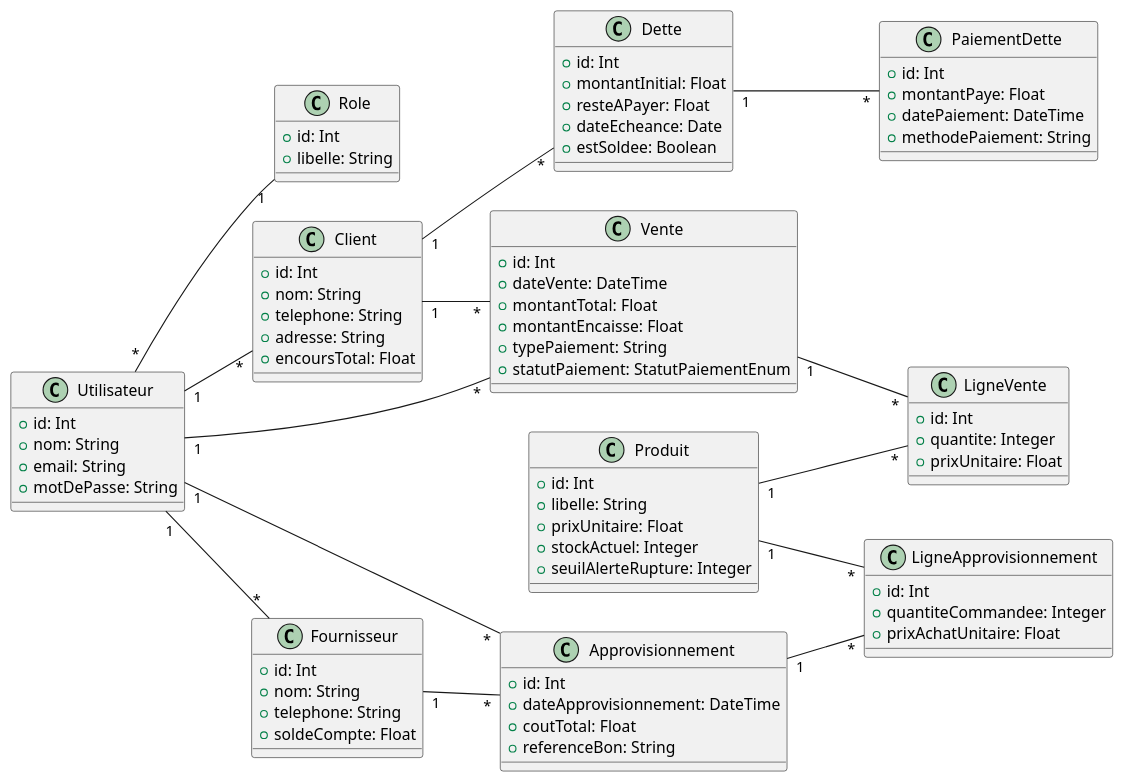
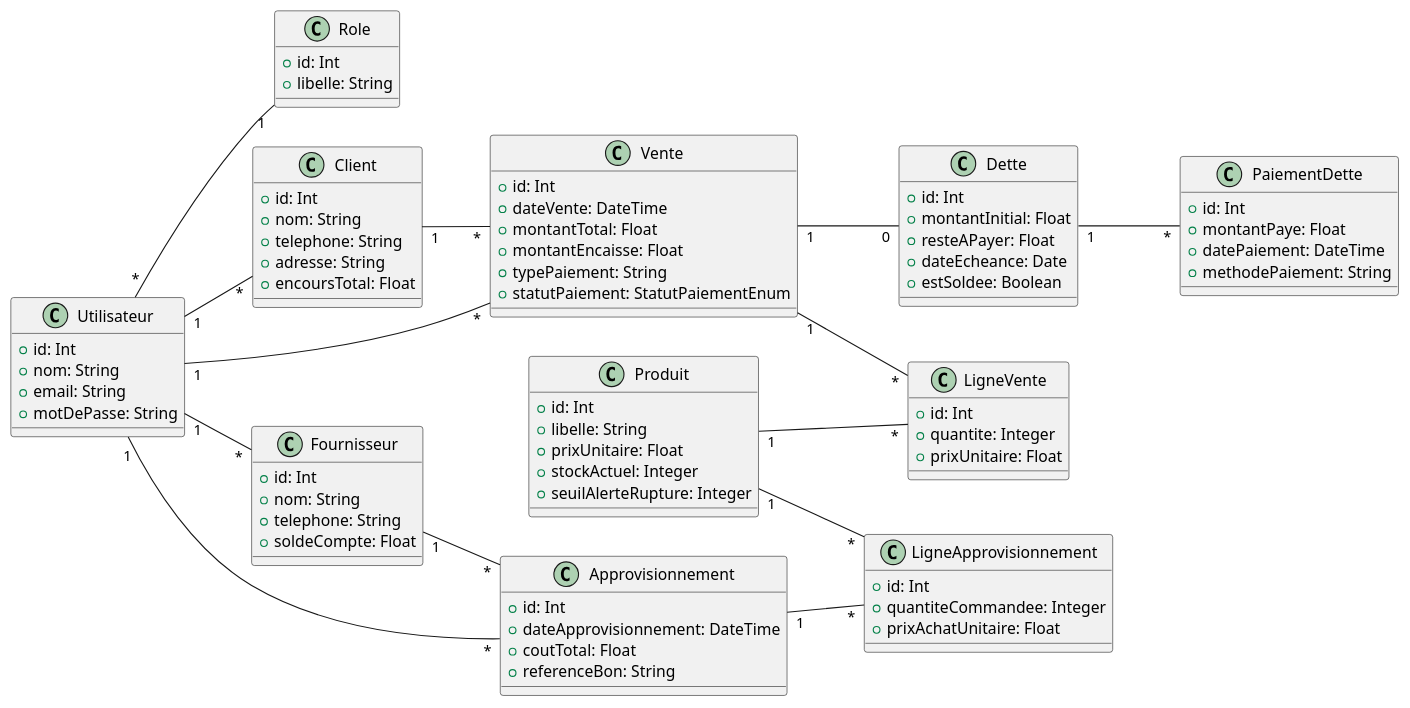
The diagram in doc/classeDiagramme.puml (mouhamadoufallBah/StoreManagerPro), drawn with PlantUML before and after one commit. The commit also changed 11 other files, not shown here.

```diff
--- a/doc/classeDiagramme.puml
+++ b/doc/classeDiagramme.puml
@@ -1,96 +1,96 @@
 @startuml
 left to right direction
 
 class Utilisateur {
     + id: Int
     + nom: String
     + email: String
     + motDePasse: String
 }
 
 class Role {
     +id: Int
     +libelle: String
 }
 
 class Client {
     + id: Int
     + nom: String
     + telephone: String
     + adresse: String
     + encoursTotal: Float
 }
 
 class Fournisseur {
     + id: Int
     + nom: String
     + telephone: String
     + soldeCompte: Float
 }
 
 class Produit {
     + id: Int
     + libelle: String
     + prixUnitaire: Float
     + stockActuel: Integer
     + seuilAlerteRupture: Integer
 }
 
 class Vente {
     + id: Int
     + dateVente: DateTime
     + montantTotal: Float
     + montantEncaisse: Float
     + typePaiement: String
     + statutPaiement: StatutPaiementEnum
 }
 
 class LigneVente {
     + id: Int
     + quantite: Integer
     + prixUnitaire: Float
 }
 
 class Dette {
     + id: Int
     + montantInitial: Float
     + resteAPayer: Float
     + dateEcheance: Date
     + estSoldee: Boolean
 }
 
 class PaiementDette {
     + id: Int
     + montantPaye: Float
     + datePaiement: DateTime
     + methodePaiement: String
 }
 
 class Approvisionnement {
     + id: Int
     + dateApprovisionnement: DateTime
     + coutTotal: Float
     + referenceBon: String
 }
 
 class LigneApprovisionnement {
     + id: Int
     + quantiteCommandee: Integer
     + prixAchatUnitaire: Float
 }
 
 Utilisateur "1" -- "*" Vente
 Utilisateur "*" -- "1" Role
 Utilisateur "1" -- "*" Approvisionnement
 Utilisateur "1" -- "*" Client
 Utilisateur "1" -- "*" Fournisseur
 Client "1" -- "*" Vente
-Client "1" -- "*" Dette
+Vente "1" -- "0" Dette
 Vente "1" -- "*" LigneVente
 Produit "1" -- "*" LigneVente
 Dette "1" -- "*" PaiementDette
 Fournisseur "1" -- "*" Approvisionnement
 Approvisionnement "1" -- "*" LigneApprovisionnement
 Produit "1" -- "*" LigneApprovisionnement
 
 @enduml
```
